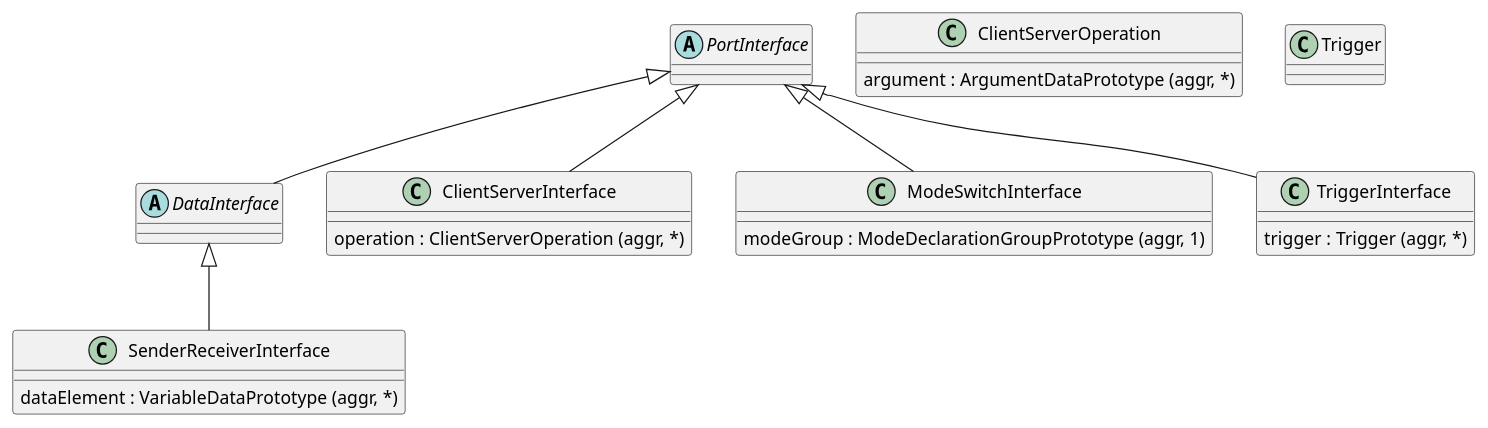
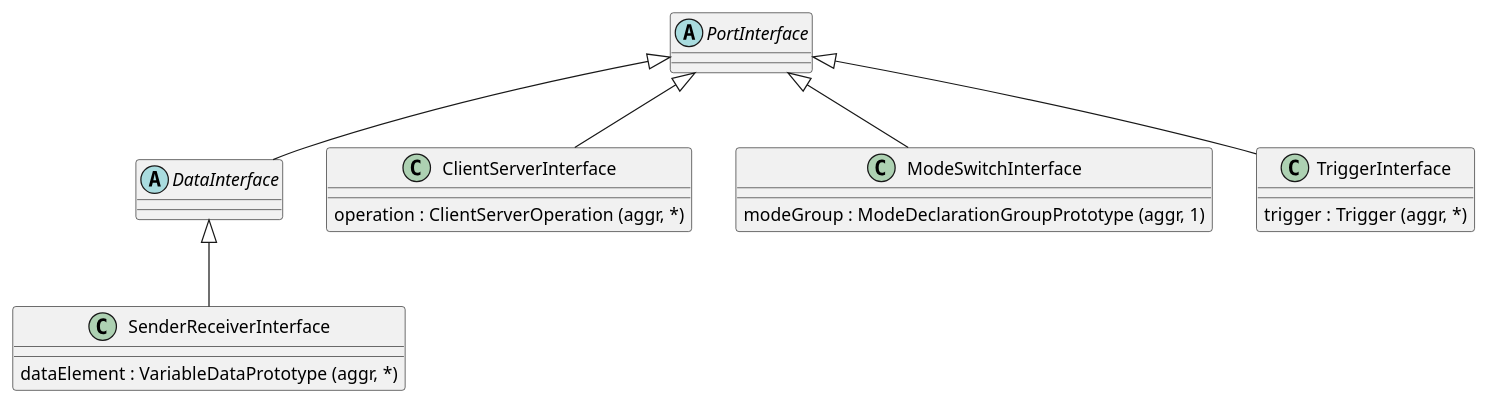
One commit to hazemanwer2000/knowledge-base changed the third of 19 diagrams in vault-base/Topics/Technical-Topics/OS/AUTOSAR/General/AUTOSAR-SW-Components.md. Above: the diagram before and after it, drawn with PlantUML. The commit also changed other lines of this file, not shown here.

````diff
--- a/vault-base/Topics/Technical-Topics/OS/AUTOSAR/General/AUTOSAR-SW-Components.md
+++ b/vault-base/Topics/Technical-Topics/OS/AUTOSAR/General/AUTOSAR-SW-Components.md
@@ -86,25 +79,21 @@
 ```plantuml
 abstract PortInterface
 abstract DataInterface
 class SenderReceiverInterface {
 	dataElement : VariableDataPrototype (aggr, *)
 }
 class ClientServerInterface {
 	operation : ClientServerOperation (aggr, *)
 }
-class ClientServerOperation {
-	argument : ArgumentDataPrototype (aggr, *)
-}
 class ModeSwitchInterface {
 	modeGroup : ModeDeclarationGroupPrototype (aggr, 1)
 }
 class TriggerInterface {
 	trigger : Trigger (aggr, *)
 }
-class Trigger
 PortInterface <|-- ClientServerInterface
 PortInterface <|-- ModeSwitchInterface
 PortInterface <|-- TriggerInterface
 PortInterface <|-- DataInterface
 DataInterface <|-- SenderReceiverInterface
 ```
````
